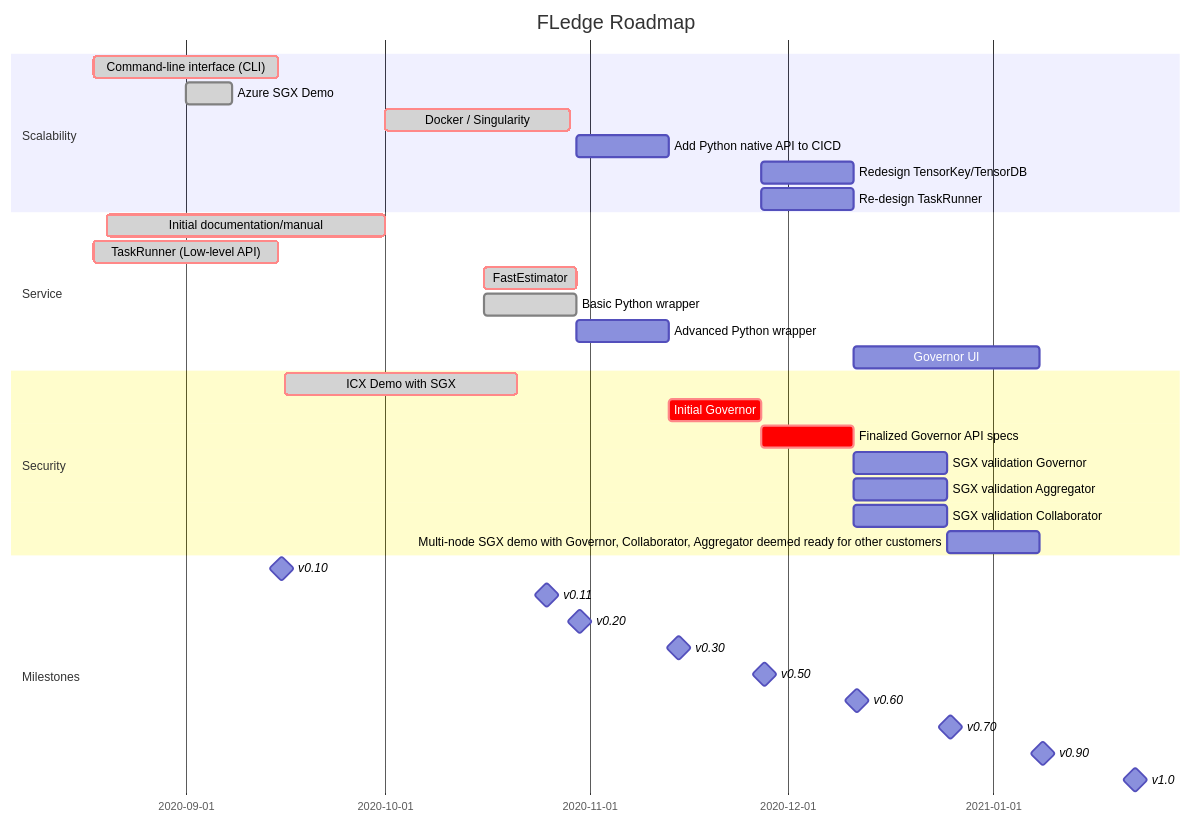
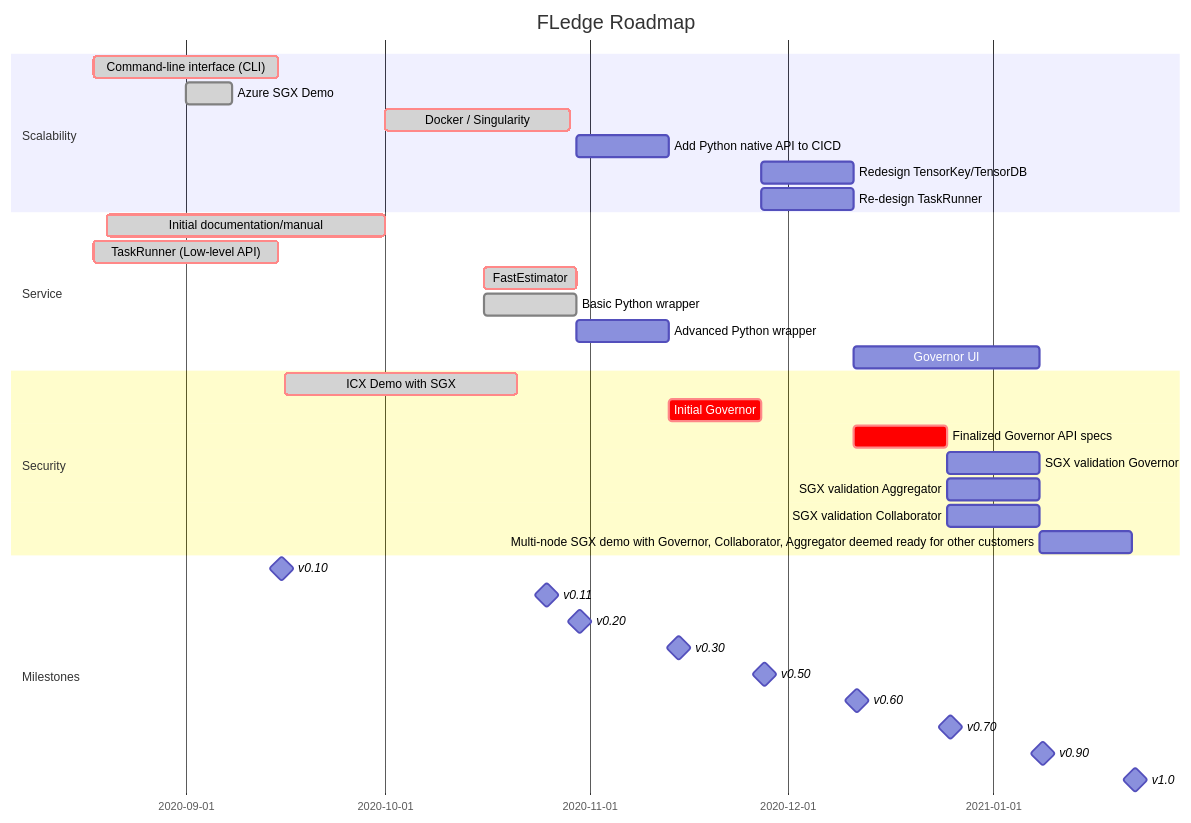
Before and after one commit to psfoley/openfl: the diagram in docs/mermaid/roadmap.md, drawn with Mermaid.

````diff
--- a/docs/mermaid/roadmap.md
+++ b/docs/mermaid/roadmap.md
@@ -1,51 +1,51 @@
 ```mermaid
 gantt
 
     dateFormat  YYYY-MM-DD
     title FLedge Roadmap
     %% Intel IOTG Federated Learning
 
     section Scalability
 
         Command-line interface (CLI)  : done, crit, tag_cli, 2020-08-18, 4w
         Azure SGX Demo                : done, tag_azure_demo, 2020-09-01, 1w
         Docker / Singularity           : crit, done, tag_container, 2020-10-01, 4w
         Add Python native API to CICD : tag_python_api_cicd, 2020-10-30, 2w
         Redesign TensorKey/TensorDB   : tag_tensorkey, 2020-11-27, 2w
         Re-design TaskRunner          : tag_taskrunner, 2020-11-27, 2w
 
     section Service
 
         Initial documentation/manual : done, crit, tag_docs, 2020-08-20, 6w
         TaskRunner (Low-level API)   : done, crit, tag_lowlevel, 2020-08-18, 4w
         FastEstimator                : crit, done, tag_fastestimator, 2020-10-16, 2w
         Basic Python wrapper         : done, tag_basicpython, 2020-10-16, 2w
         Advanced Python wrapper      : tag_advanced_python, after tag_basicpython, 2w
         Governor UI                  : tag_governor, after tag_taskrunner, 4w
         
     section Security
 
         ICX Demo with SGX : done, crit, tag_icx_demo, 2020-09-16, 5w
         Initial Governor  : crit, tag_init_governor, after tag_advanced_python, 2w
 
-        Finalized Governor API specs : crit, tag_final_api_gov, after tag_init_governor, 2w
+        Finalized Governor API specs : crit, tag_final_api_gov, after tag_taskrunner, 2w
 
         SGX validation Governor     : tag_valid_governor, after tag_final_api_gov, 2w
         SGX validation Aggregator   : tag_valid_aggregator, after tag_final_api_gov, 2w
         SGX validation Collaborator : tag_valid_collaborator, after tag_final_api_gov, 2w
 
         Multi-node SGX demo with Governor, Collaborator, Aggregator deemed ready for other customers : tag_1.0, after tag_valid_governor, 2w
 
     section Milestones
 
         v0.10 : milestone, v0.10, 2020-09-15, 1d
         v0.11 : milestone, v0.11, 2020-10-25, 1d
         v0.20 : milestone, v0.20, 2020-10-30, 1d
         v0.30 : milestone, v0.30, 2020-11-14, 1d
         v0.50 : milestone, v0.50, 2020-11-27, 1d
         v0.60 : milestone, v0.60, 2020-12-11, 1d
         v0.70 : milestone, v0.70, 2020-12-25, 1d
         v0.90 : milestone, v0.90, 2021-01-08, 1d
         v1.0  : milestone, v1.0,  2021-01-22, 1d
         
 ```
````
